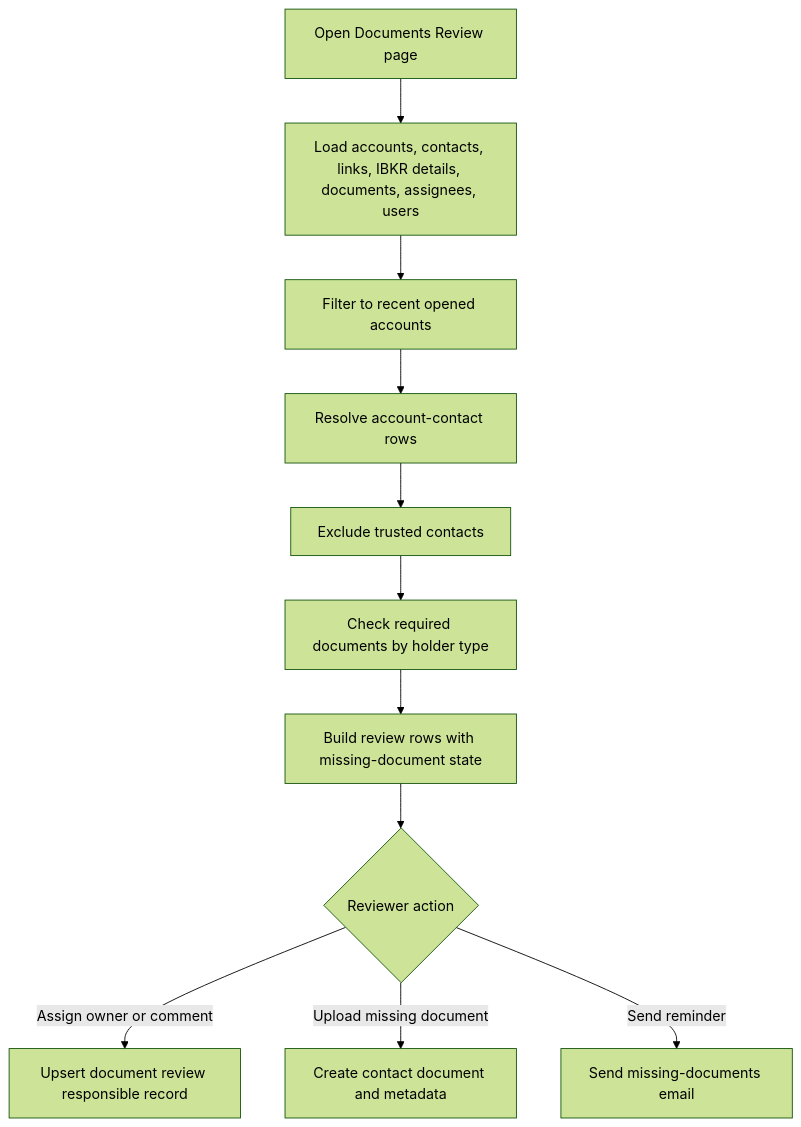
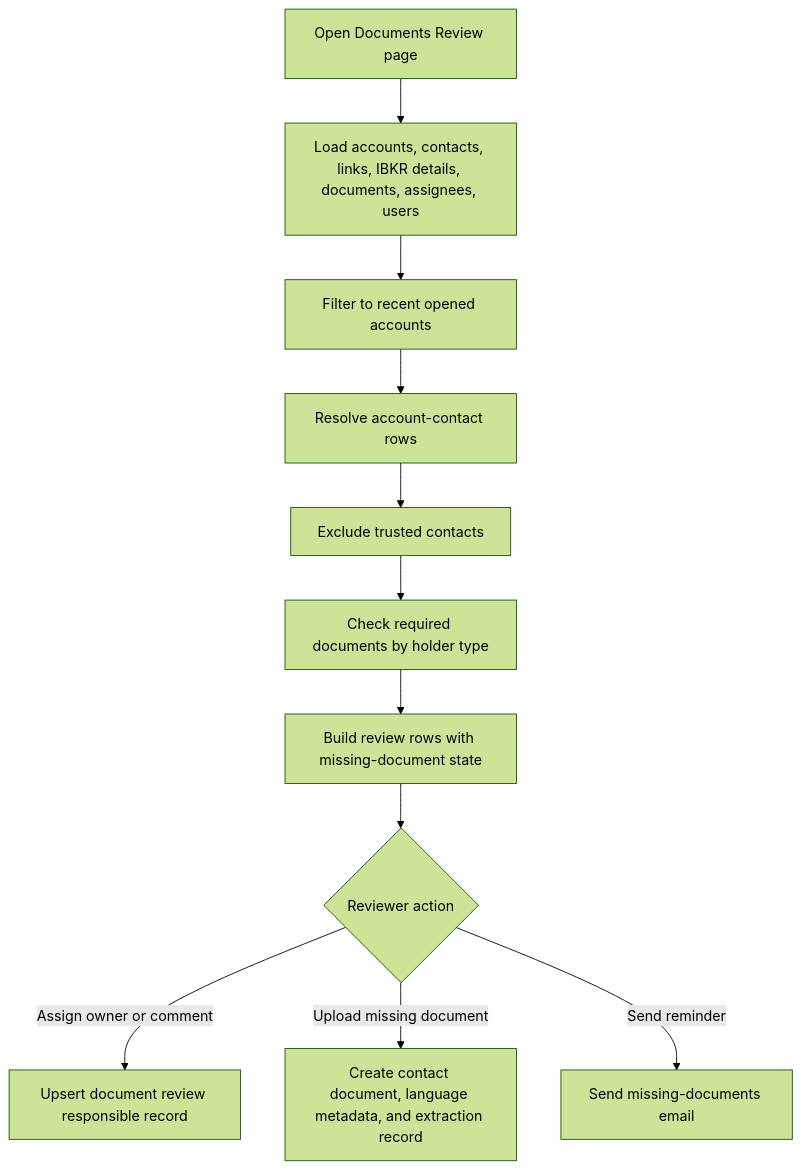
One commit to agmtrader/compliance changed the diagram in processes/06-documents-review-workflow.md. Above: the diagram before and after it, drawn with Mermaid (forest theme). The commit also changed other lines of this file and 5 other files, not shown here.

Commit message:
Add .gitignore and enhance documentation for various workflows with metadata and extraction details

````diff
--- a/processes/06-documents-review-workflow.md
+++ b/processes/06-documents-review-workflow.md
@@ -44,13 +45,13 @@
 ```mermaid
 flowchart TD
     A["Open Documents Review page"] --> B["Load accounts, contacts, links, IBKR details, documents, assignees, users"]
     B --> C["Filter to recent opened accounts"]
     C --> D["Resolve account-contact rows"]
     D --> E["Exclude trusted contacts"]
     E --> F["Check required documents by holder type"]
     F --> G["Build review rows with missing-document state"]
     G --> H{"Reviewer action"}
     H -- "Assign owner or comment" --> I["Upsert document review responsible record"]
-    H -- "Upload missing document" --> J["Create contact document and metadata"]
+    H -- "Upload missing document" --> J["Create contact document, language metadata, and extraction record"]
     H -- "Send reminder" --> K["Send missing-documents email"]
 ```
````
